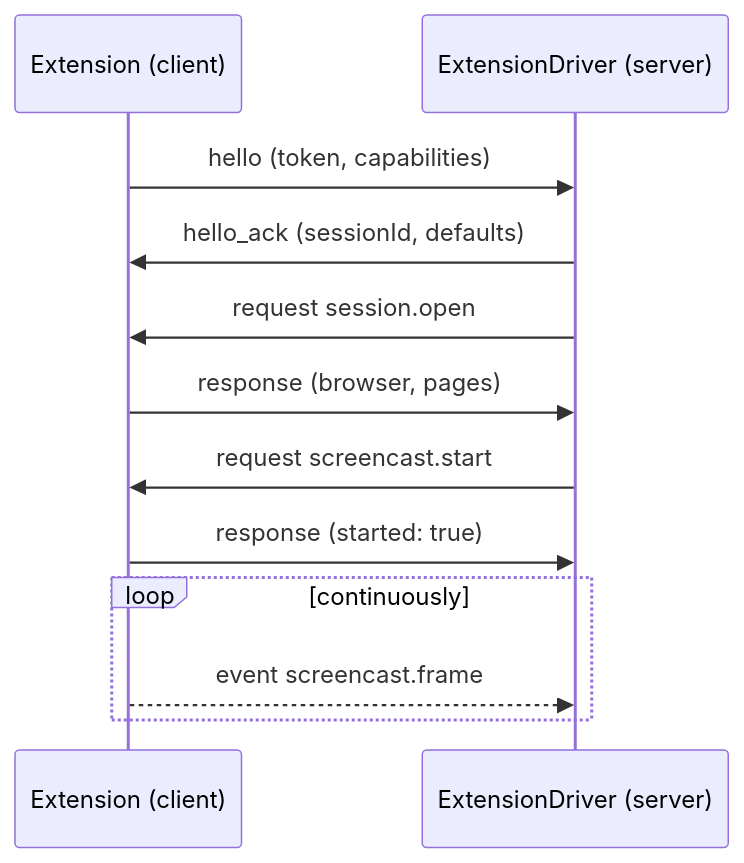
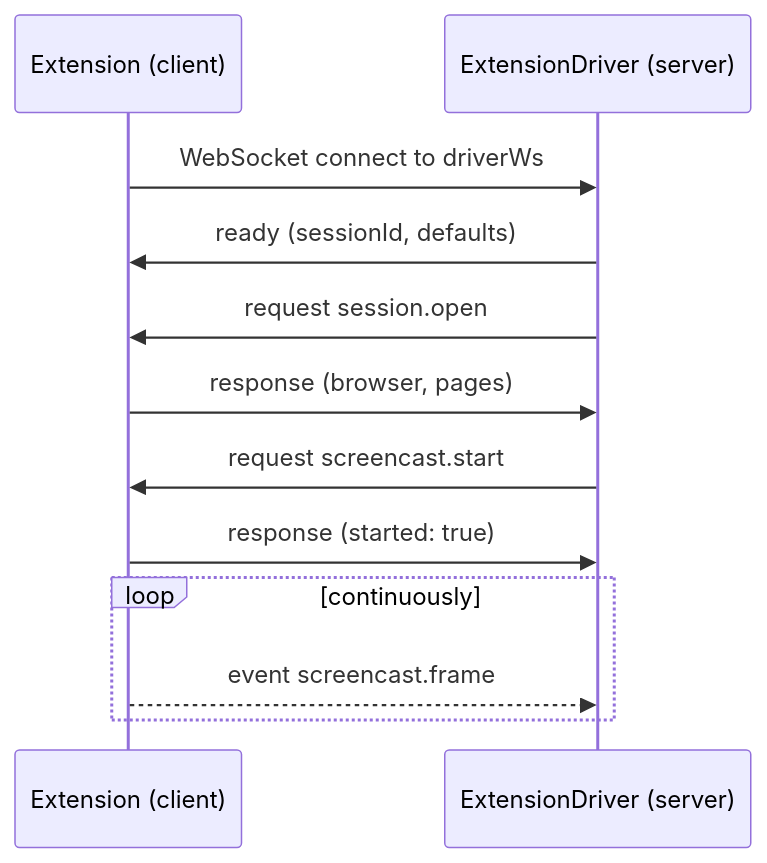
Before and after one commit to invoice-collector/invoice-collector: the first of 4 diagrams in src/driver/extension-driver-protocol.md, drawn with Mermaid. The commit also changed other lines of this file and 25 other files, not shown here.

````diff
--- a/src/driver/extension-driver-protocol.md
+++ b/src/driver/extension-driver-protocol.md
@@ -709,14 +697,14 @@
 ```mermaid
 sequenceDiagram
     participant C as Extension (client)
     participant S as ExtensionDriver (server)
-    C->>S: hello (token, capabilities)
-    S->>C: hello_ack (sessionId, defaults)
+  C->>S: WebSocket connect to driverWs
+  S->>C: ready (sessionId, defaults)
     S->>C: request session.open
     C->>S: response (browser, pages)
     S->>C: request screencast.start
     C->>S: response (started: true)
     loop continuously
         C-->>S: event screencast.frame
     end
 ```
````
